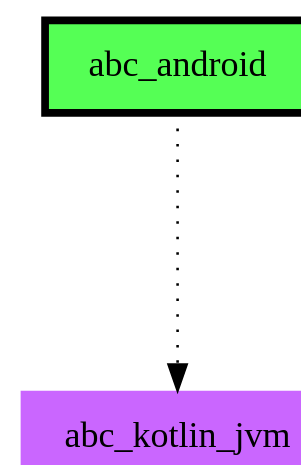
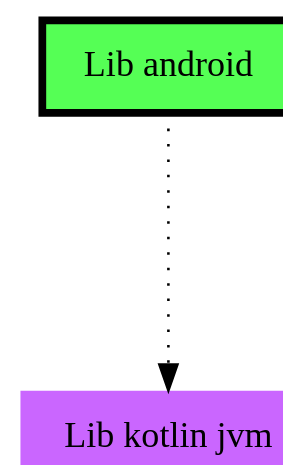
The diagram in sample/sample-lib-android/modules/modules.dot (jonapoul/atlas), drawn with Graphviz before and after one commit. The commit also changed 28 other files, not shown here.

```diff
--- a/sample/sample-lib-android/modules/modules.dot
+++ b/sample/sample-lib-android/modules/modules.dot
@@ -1,8 +1,8 @@
 digraph {
   edge ["arrowhead"="normal","arrowtail"="none"]
   graph ["dpi"="100","fontsize"="30","ranksep"="1.5","rankdir"="TB"]
   node ["style"="filled"]
-  "abc_android" ["fillcolor"="#55FF55","color"="black","penwidth"="3","shape"="box"]
-  "abc_kotlin_jvm" ["fillcolor"="#CA66FF","shape"="none"]
-  "abc_android" -> "abc_kotlin_jvm" ["style"="dotted"]
+  "Lib android" ["fillcolor"="#55FF55","color"="black","penwidth"="3","shape"="box"]
+  "Lib kotlin jvm" ["fillcolor"="#CA66FF","shape"="none"]
+  "Lib android" -> "Lib kotlin jvm" ["style"="dotted"]
 }
```
